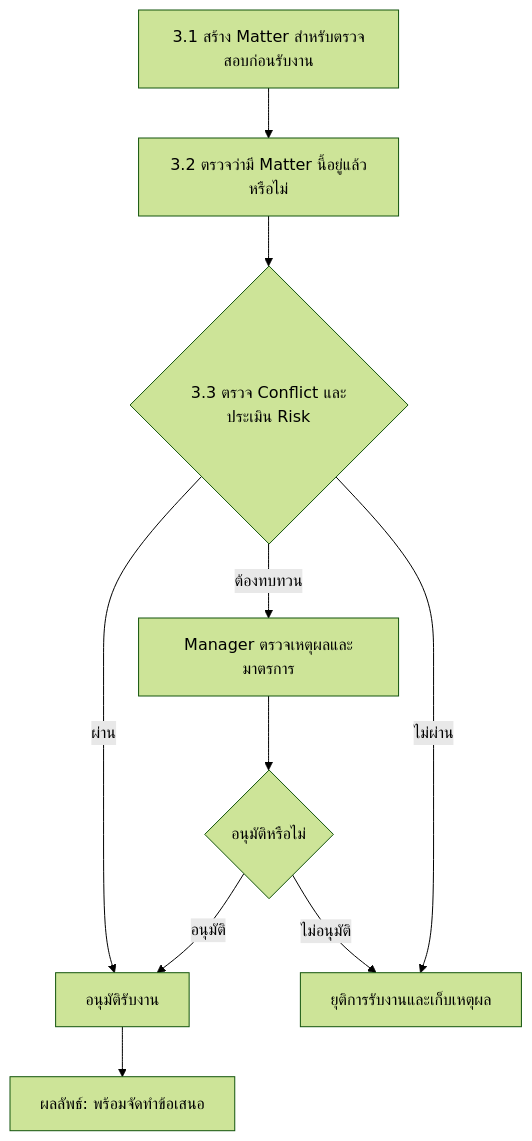
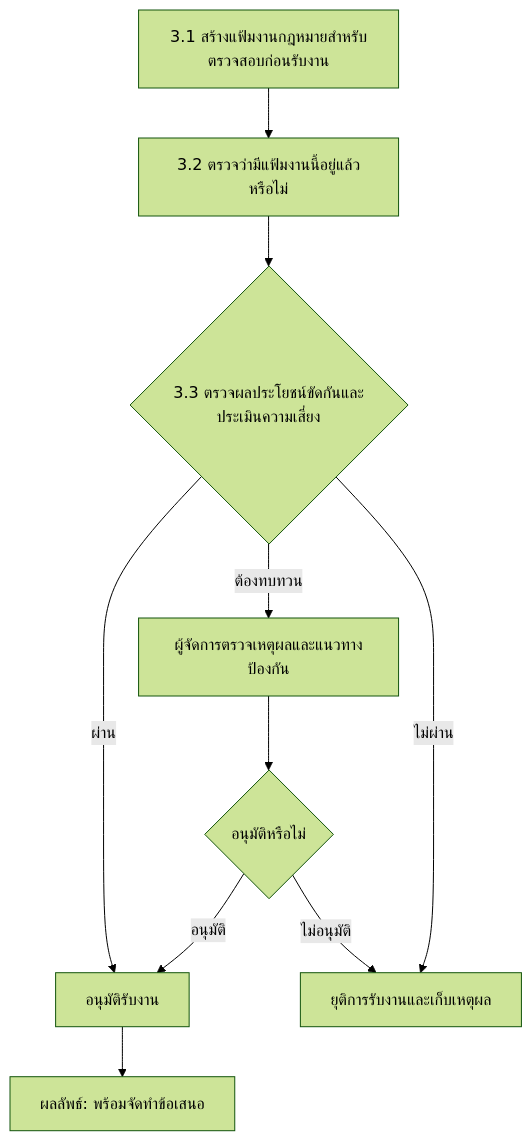
One commit to yukasung/legal_erp_docs changed the third of 7 diagrams in docs/app/docs/workflow/page.mdx. Above: the diagram before and after it, drawn with Mermaid (forest theme). The commit also changed other lines of this file, not shown here.

````diff
--- a/docs/app/docs/workflow/page.mdx
+++ b/docs/app/docs/workflow/page.mdx
@@ -86,12 +98,12 @@
 ```mermaid
 flowchart TD
-  A["3.1 สร้าง Matter สำหรับตรวจสอบก่อนรับงาน"] --> B["3.2 ตรวจว่ามี Matter นี้อยู่แล้วหรือไม่"]
-  B --> C{"3.3 ตรวจ Conflict และประเมิน Risk"}
+  A["3.1 สร้างแฟ้มงานกฎหมายสำหรับตรวจสอบก่อนรับงาน"] --> B["3.2 ตรวจว่ามีแฟ้มงานนี้อยู่แล้วหรือไม่"]
+  B --> C{"3.3 ตรวจผลประโยชน์ขัดกันและประเมินความเสี่ยง"}
   C -->|ผ่าน| E["อนุมัติรับงาน"]
-  C -->|ต้องทบทวน| F["Manager ตรวจเหตุผลและมาตรการ"]
+  C -->|ต้องทบทวน| F["ผู้จัดการตรวจเหตุผลและแนวทางป้องกัน"]
   F --> G{"อนุมัติหรือไม่"}
   G -->|อนุมัติ| E
   G -->|ไม่อนุมัติ| H["ยุติการรับงานและเก็บเหตุผล"]
   C -->|ไม่ผ่าน| H
   E --> R["ผลลัพธ์: พร้อมจัดทำข้อเสนอ"]
 ```
````
